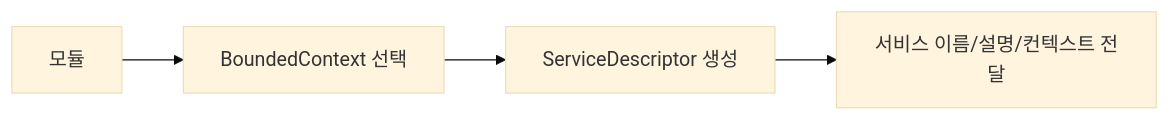
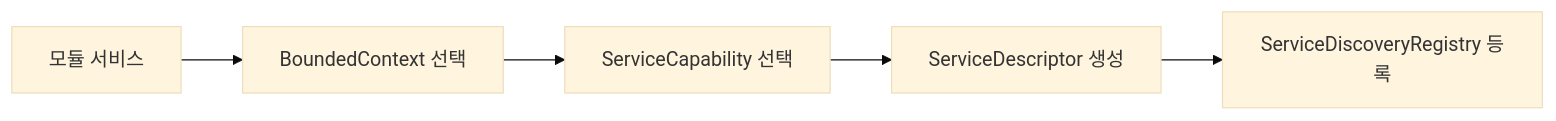
The second of 4 diagrams in shared-kernel/docs/process-flow.md (skyg547/account), drawn with Mermaid (base theme) before and after one commit. The commit also changed other lines of this file and 29 other files, not shown here.

````diff
--- a/shared-kernel/docs/process-flow.md
+++ b/shared-kernel/docs/process-flow.md
@@ -18,6 +18,7 @@
 ```mermaid
 flowchart LR
-    A[모듈] --> B[BoundedContext 선택]
-    B --> C[ServiceDescriptor 생성]
-    C --> D[서비스 이름/설명/컨텍스트 전달]
+    A[모듈 서비스] --> B[BoundedContext 선택]
+    B --> C[ServiceCapability 선택]
+    C --> D[ServiceDescriptor 생성]
+    D --> E[ServiceDiscoveryRegistry 등록]
 ```
````
